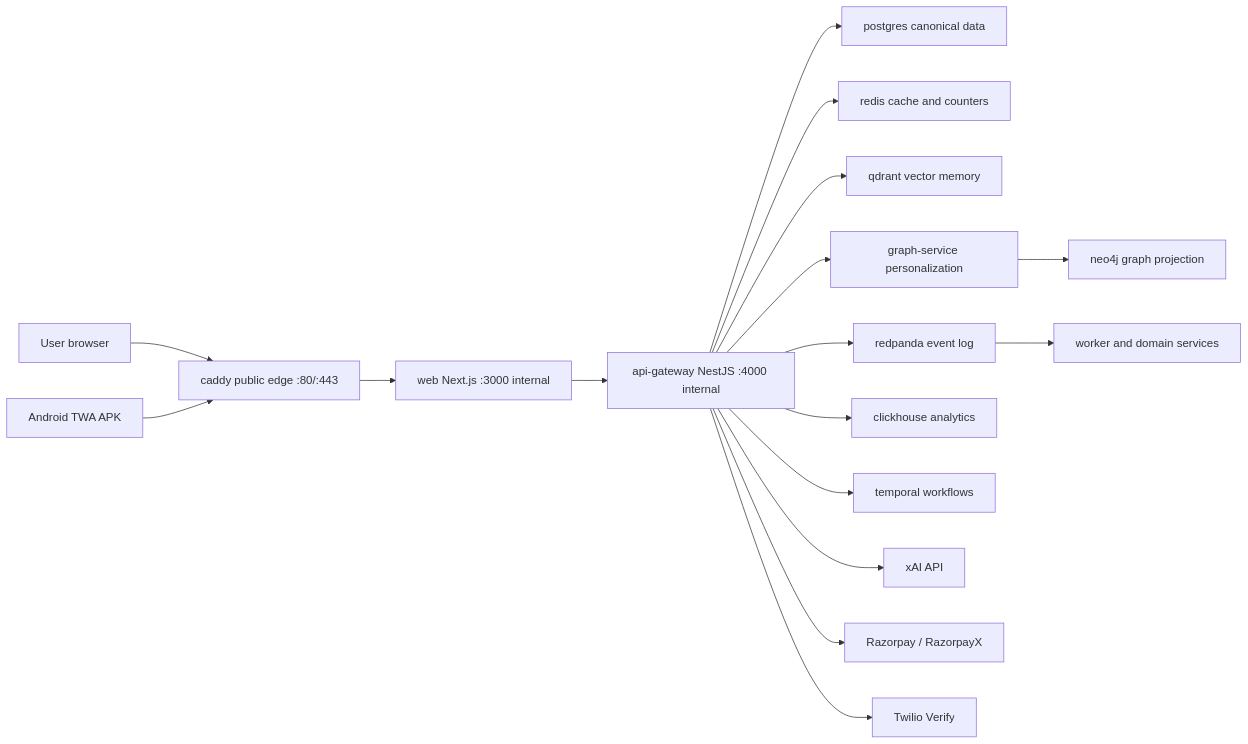
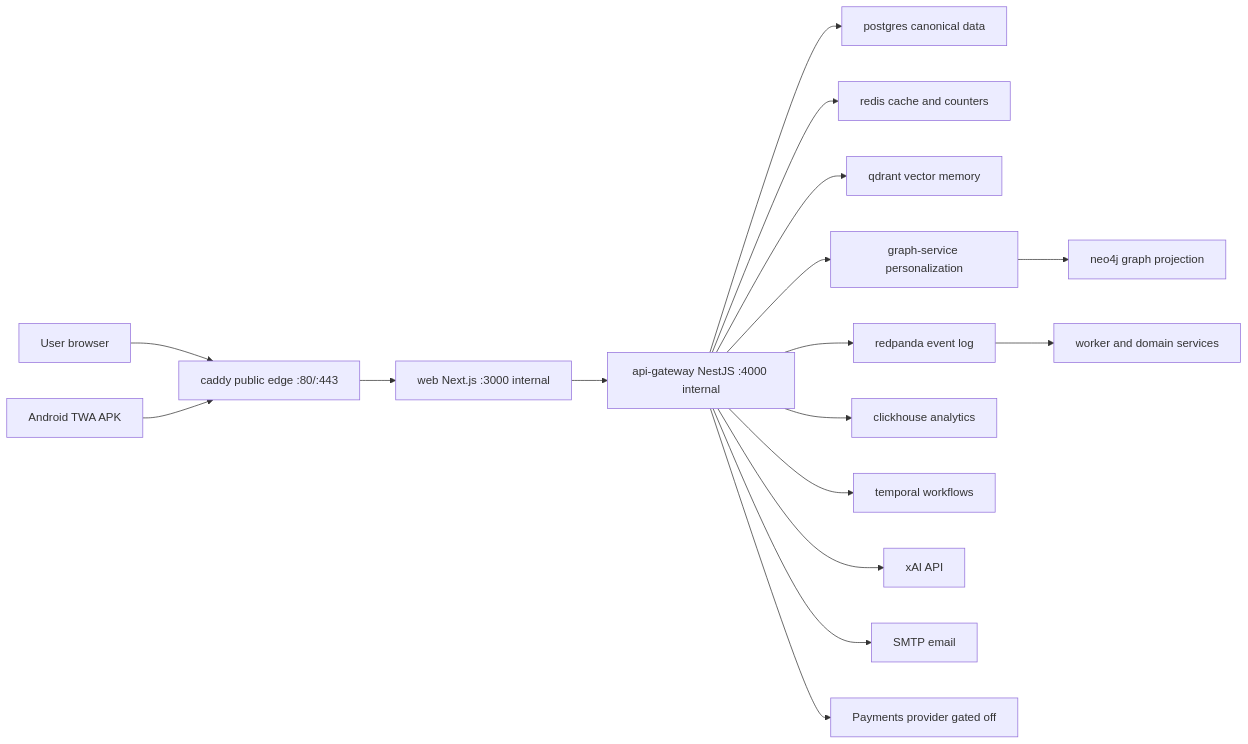
Before and after one commit to Afnanksalal/hana-chat: the diagram in docs/vps-container-map.md, drawn with Mermaid. The commit also changed other lines of this file and 82 other files, not shown here.

````diff
--- a/docs/vps-container-map.md
+++ b/docs/vps-container-map.md
@@ -10,19 +10,19 @@
 ```mermaid
 flowchart LR
   Browser["User browser"] --> Caddy["caddy public edge :80/:443"]
   Apk["Android TWA APK"] --> Caddy
   Caddy --> Web["web Next.js :3000 internal"]
   Web --> Api["api-gateway NestJS :4000 internal"]
   Api --> Pg["postgres canonical data"]
   Api --> Redis["redis cache and counters"]
   Api --> Qdrant["qdrant vector memory"]
   Api --> Graph["graph-service personalization"]
   Graph --> Neo4j["neo4j graph projection"]
   Api --> Redpanda["redpanda event log"]
   Api --> ClickHouse["clickhouse analytics"]
   Api --> Temporal["temporal workflows"]
   Api --> Xai["xAI API"]
-  Api --> Payments["Razorpay / RazorpayX"]
-  Api --> Sms["Twilio Verify"]
+  Api --> Mail["SMTP email"]
+  Api --> Payments["Payments provider gated off"]
   Redpanda --> Workers["worker and domain services"]
 ```
````
